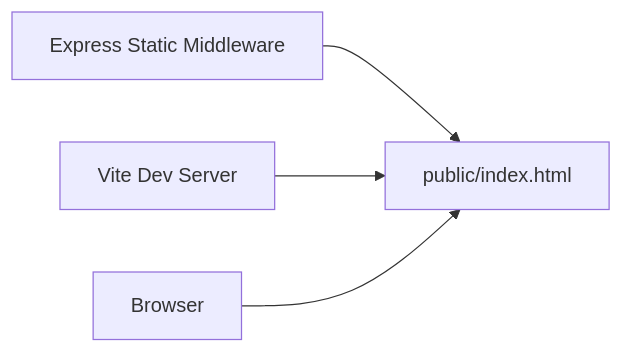
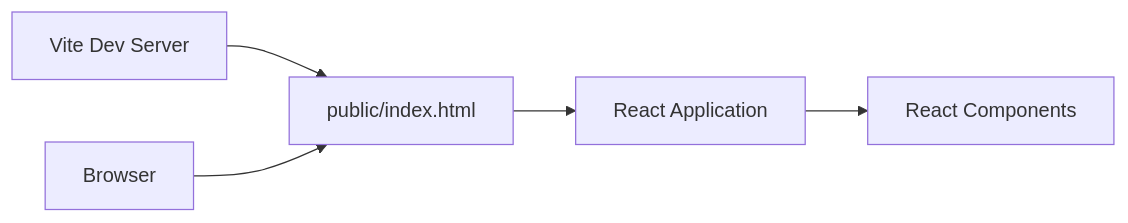
The ninth of 11 diagrams in .qoder/repowiki/en/content/Application Architecture.md (rakeshmaity271/frankie-picasso), drawn with Mermaid before and after one commit. The commit also changed other lines of this file and 28 other files, not shown here.

````diff
--- a/.qoder/repowiki/en/content/Application Architecture.md
+++ b/.qoder/repowiki/en/content/Application Architecture.md
@@ -198,6 +335,7 @@
 ```mermaid
 graph LR
-Express["Express Static Middleware"] --> Public["public/index.html"]
-ViteDev["Vite Dev Server"] --> Public
+ViteDev["Vite Dev Server"] --> Public["public/index.html"]
 Browser["Browser"] --> Public
+Public --> ReactApp["React Application"]
+ReactApp --> Components["React Components"]
 ```
````
